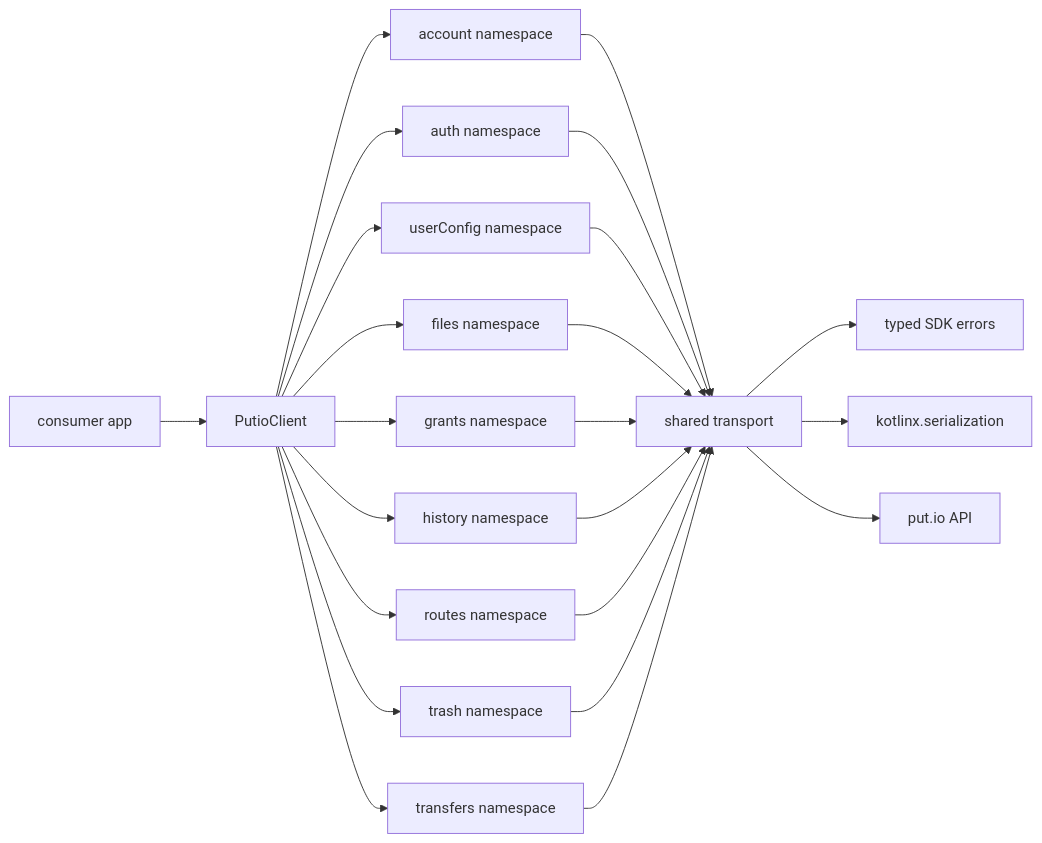
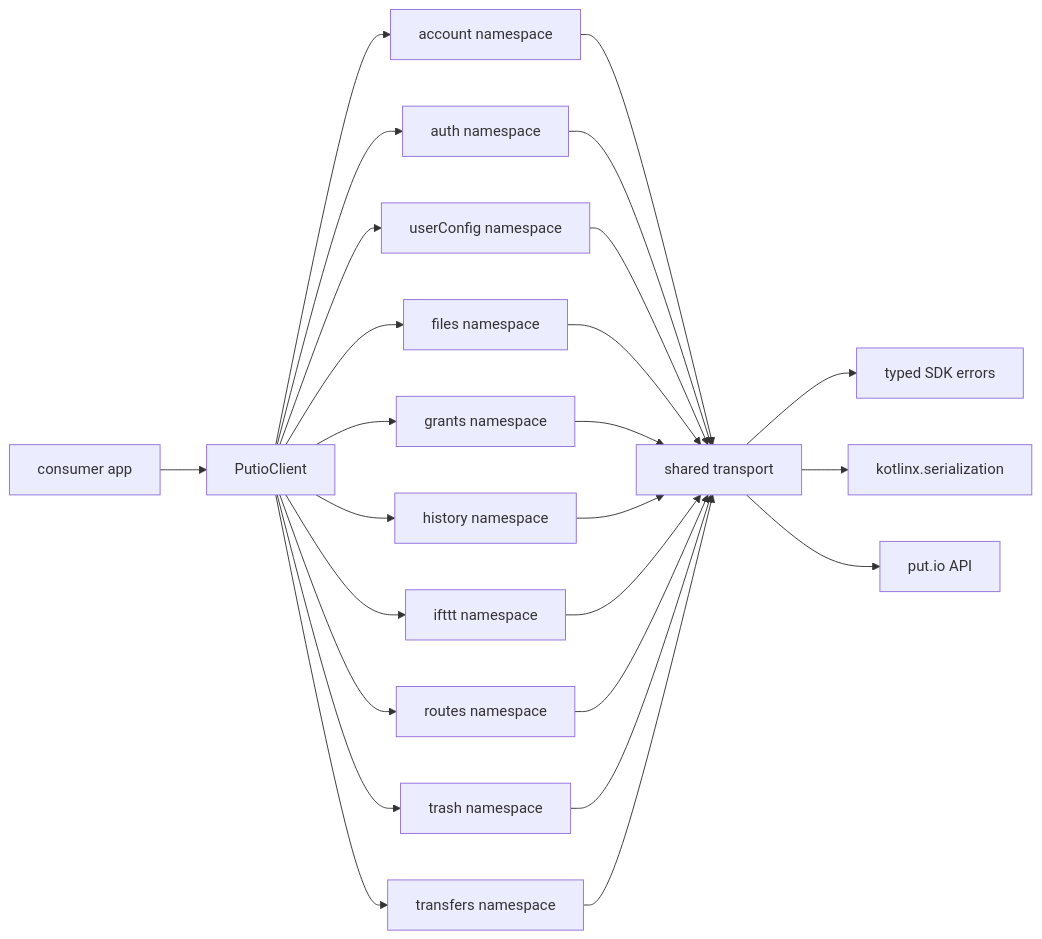
Before and after one commit to putdotio/putio-sdk-kotlin: the diagram in docs/ARCHITECTURE.md, drawn with Mermaid. The commit also changed other lines of this file and 11 other files, not shown here.

````diff
--- a/docs/ARCHITECTURE.md
+++ b/docs/ARCHITECTURE.md
@@ -9,25 +9,27 @@
 ```mermaid
 graph LR
   Consumer["consumer app"] --> Client["PutioClient"]
   Client --> Account["account namespace"]
   Client --> Auth["auth namespace"]
   Client --> Config["userConfig namespace"]
   Client --> Files["files namespace"]
   Client --> Grants["grants namespace"]
   Client --> History["history namespace"]
+  Client --> Ifttt["ifttt namespace"]
   Client --> Routes["routes namespace"]
   Client --> Trash["trash namespace"]
   Client --> Transfers["transfers namespace"]
   Account --> Transport["shared transport"]
   Auth --> Transport
   Config --> Transport
   Files --> Transport
   Grants --> Transport
   History --> Transport
+  Ifttt --> Transport
   Routes --> Transport
   Trash --> Transport
   Transfers --> Transport
   Transport --> Errors["typed SDK errors"]
   Transport --> Json["kotlinx.serialization"]
   Transport --> API["put.io API"]
 ```
````
